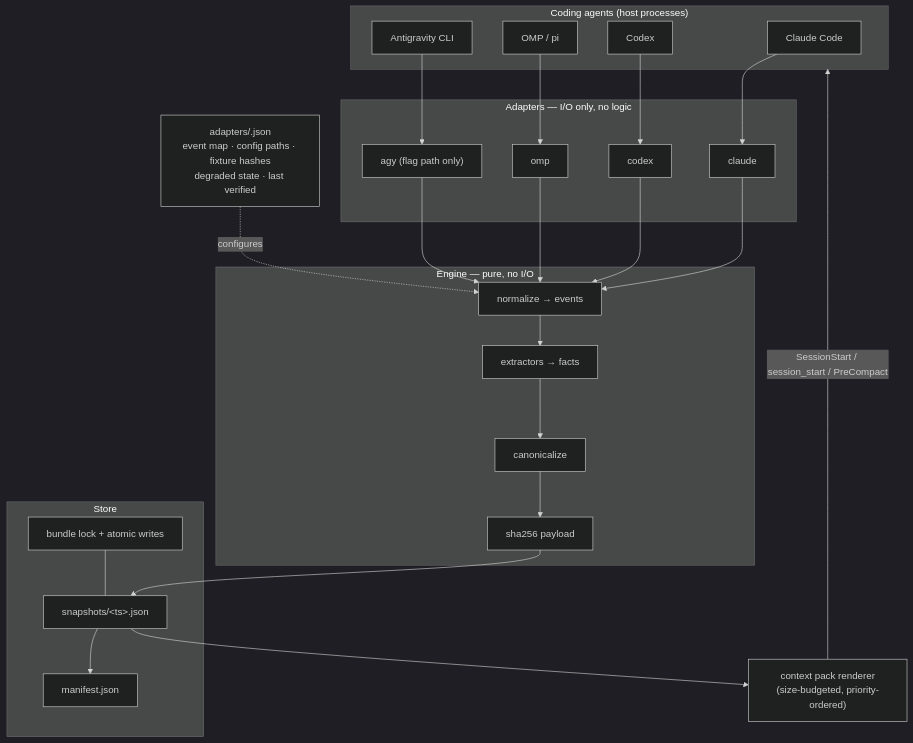
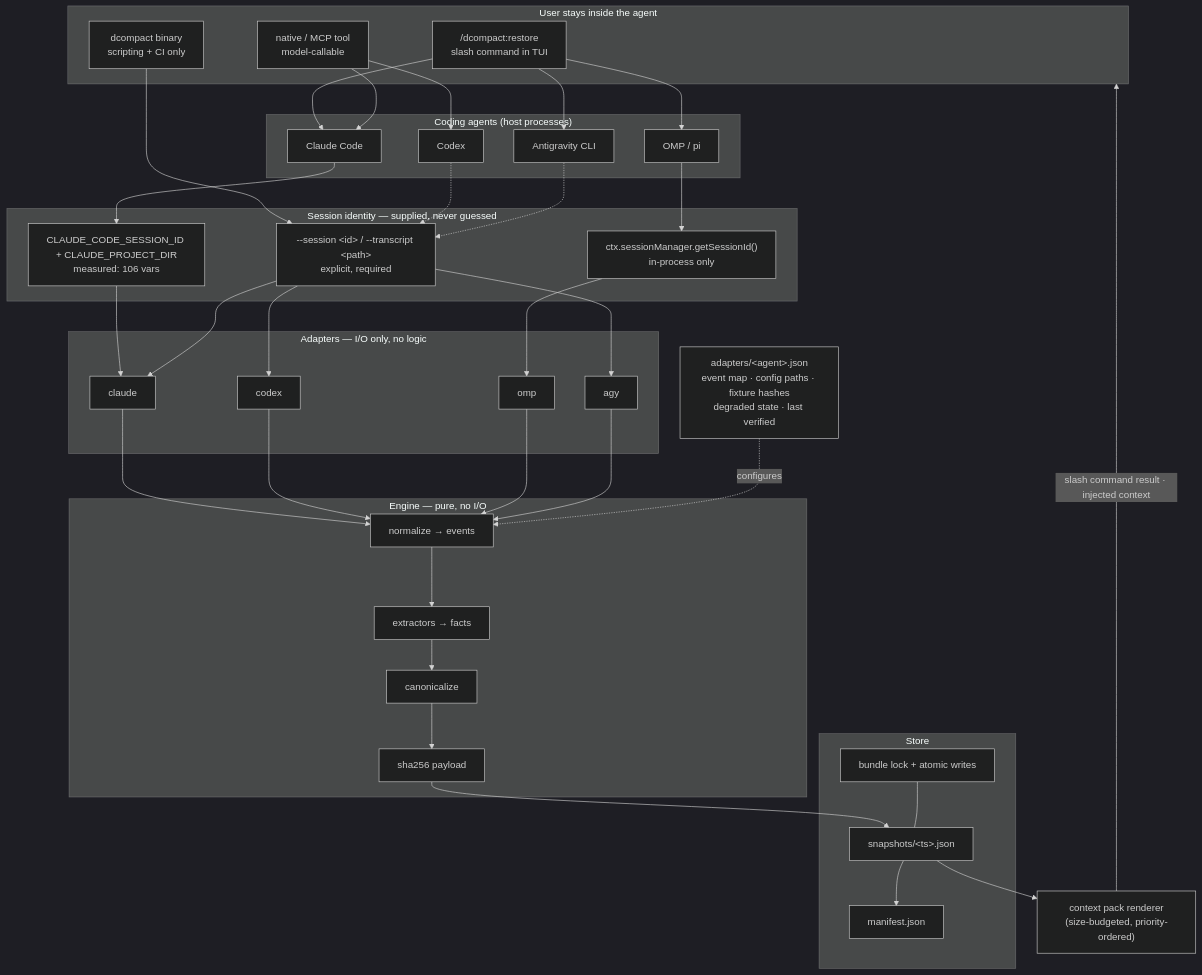
The diagram in docs/CONCEPT.md (TomaszGonczar/dCompress), drawn with Mermaid (dark theme) before and after one commit. The commit also changed other lines of this file and 4 other files, not shown here.

````diff
--- a/docs/CONCEPT.md
+++ b/docs/CONCEPT.md
@@ -143,48 +143,71 @@
 ```mermaid
 flowchart TD
+    subgraph User["User stays inside the agent"]
+        SC["/dcompact:restore<br/>slash command in TUI"]
+        TOOL["native / MCP tool<br/>model-callable"]
+        CLI["dcompact binary<br/>scripting + CI only"]
+    end
+
     subgraph Agents["Coding agents (host processes)"]
         CC["Claude Code"]
         CX["Codex"]
         OMP["OMP / pi"]
         AGY["Antigravity CLI"]
     end
 
+    subgraph Identity["Session identity — supplied, never guessed"]
+        ENV["CLAUDE_CODE_SESSION_ID + CLAUDE_PROJECT_DIR<br/>measured: 106 vars"]
+        CTX["ctx.sessionManager.getSessionId()<br/>in-process only"]
+        EXPL["--session &lt;id&gt; / --transcript &lt;path&gt;<br/>explicit, required"]
+    end
+
     subgraph Adapters["Adapters — I/O only, no logic"]
         ACC["claude"]
         ACX["codex"]
         AOMP["omp"]
-        AAGY["agy (flag path only)"]
+        AAGY["agy"]
     end
 
-    ADAPTERDEF["adapters/<agent>.json<br/>event map · config paths · fixture hashes<br/>degraded state · last verified"]
+    ADAPTERDEF["adapters/&lt;agent&gt;.json<br/>event map · config paths · fixture hashes<br/>degraded state · last verified"]
 
     subgraph Core["Engine — pure, no I/O"]
         NORM["normalize → events"]
         EXTR["extractors → facts"]
         CANON["canonicalize"]
         HASH["sha256 payload"]
     end
 
     subgraph IO["Store"]
         SNAP["snapshots/&lt;ts&gt;.json"]
         MAN["manifest.json"]
         LOCK["bundle lock + atomic writes"]
     end
 
     PACK["context pack renderer<br/>(size-budgeted, priority-ordered)"]
 
-    CC --> ACC
-    CX --> ACX
-    OMP --> AOMP
-    AGY --> AAGY
+    SC --> CC
+    TOOL --> CC
+    SC --> OMP
+    TOOL --> CX
+    SC --> AGY
+    CLI --> EXPL
+    CC --> ENV
+    OMP --> CTX
+    CX -.-> EXPL
+    AGY -.-> EXPL
+    ENV --> ACC
+    CTX --> AOMP
+    EXPL --> ACC
+    EXPL --> ACX
+    EXPL --> AAGY
     ACC --> NORM
     ACX --> NORM
     AOMP --> NORM
     AAGY --> NORM
     ADAPTERDEF -.configures.-> NORM
     NORM --> EXTR --> CANON --> HASH --> SNAP
     SNAP --> MAN
     LOCK --- SNAP
     SNAP --> PACK
-    PACK -->|SessionStart / session_start / PreCompact| Agents
+    PACK -->|slash command result · injected context| User
 ```
````
